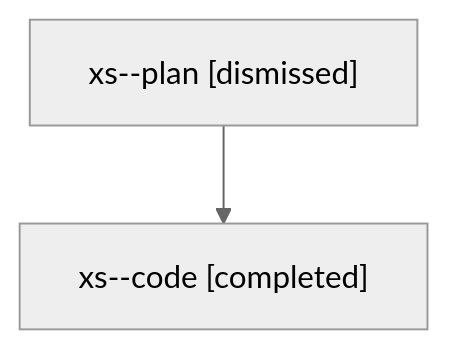
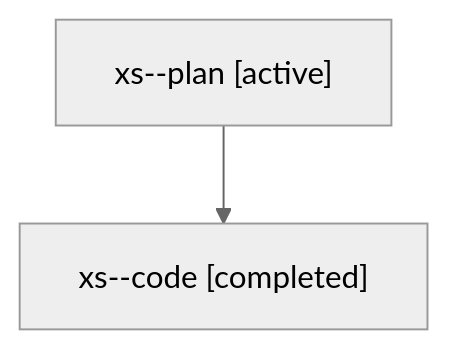
One commit to sase-org/sase--agents changed the diagram in families/bbugyi200.athena.xs.md. Above: the diagram before and after it, drawn with Mermaid (neutral theme). The commit also changed other lines of this file and 35830 other files, not shown here.

````diff
--- a/families/bbugyi200.athena.xs.md
+++ b/families/bbugyi200.athena.xs.md
@@ -9,6 +9,6 @@
 ```mermaid
 flowchart TD
-  n0["xs--plan [dismissed]"]
+  n0["xs--plan [active]"]
   n1["xs--code [completed]"]
   n0 --> n1
 ```
````
